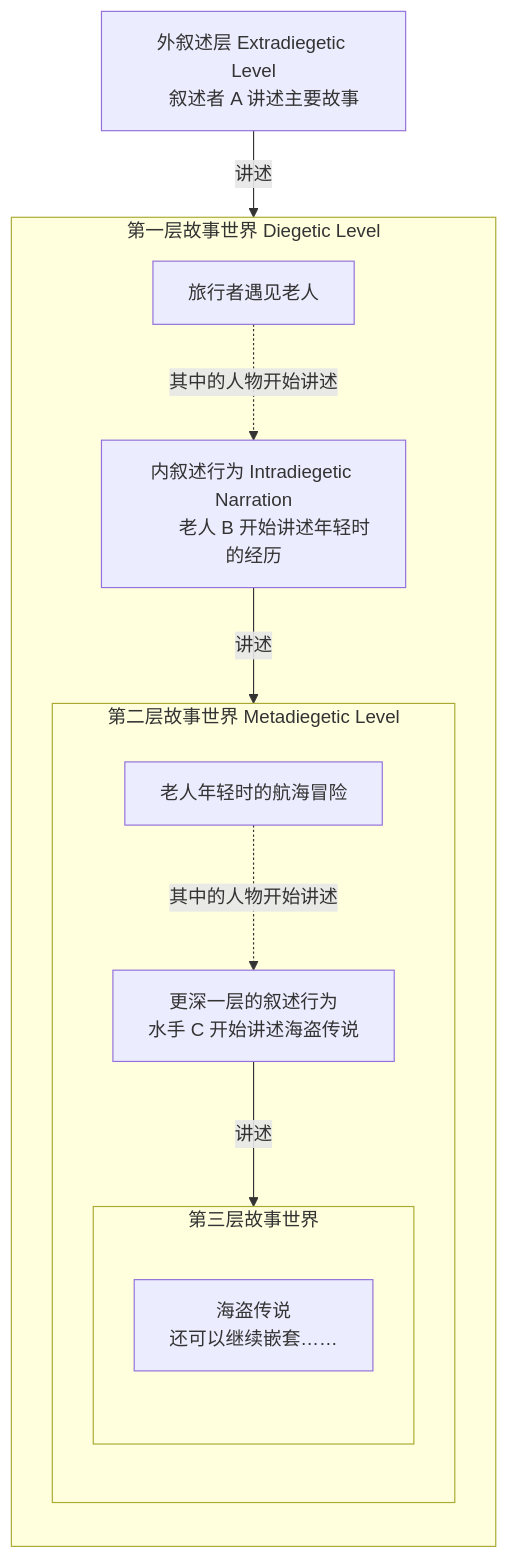
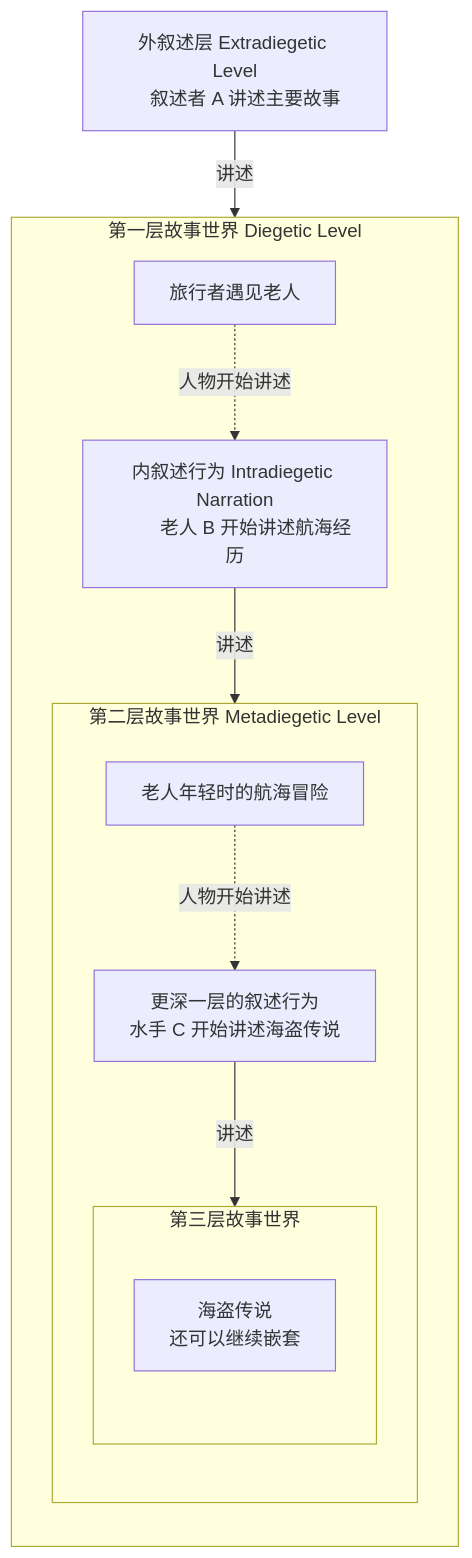
One commit to gmkzwwg/gomibako changed the second of 3 diagrams in collections/_posts/2025-05-28-read素食者.md. Above: the diagram before and after it, drawn with Mermaid. The commit also changed other lines of this file and 12 other files, not shown here.

````diff
--- a/collections/_posts/2025-05-28-read素食者.md
+++ b/collections/_posts/2025-05-28-read素食者.md
@@ -150,31 +183,31 @@
 ```mermaid
 flowchart TB
     A["外叙述层 Extradiegetic Level
     叙述者 A 讲述主要故事"]
 
     subgraph L1["第一层故事世界 Diegetic Level"]
         direction TB
         B["旅行者遇见老人"]
         C["内叙述行为 Intradiegetic Narration
-        老人 B 开始讲述年轻时的经历"]
+        老人 B 开始讲述航海经历"]
 
         subgraph L2["第二层故事世界 Metadiegetic Level"]
             direction TB
             D["老人年轻时的航海冒险"]
             E["更深一层的叙述行为
             水手 C 开始讲述海盗传说"]
 
             subgraph L3["第三层故事世界"]
                 direction TB
                 F["海盗传说
-                还可以继续嵌套……"]
+                还可以继续嵌套"]
             end
         end
     end
 
     A -->|"讲述"| B
-    B -.->|"其中的人物开始讲述"| C
+    B -.->|"人物开始讲述"| C
     C -->|"讲述"| D
-    D -.->|"其中的人物开始讲述"| E
+    D -.->|"人物开始讲述"| E
     E -->|"讲述"| F
 ```
````
